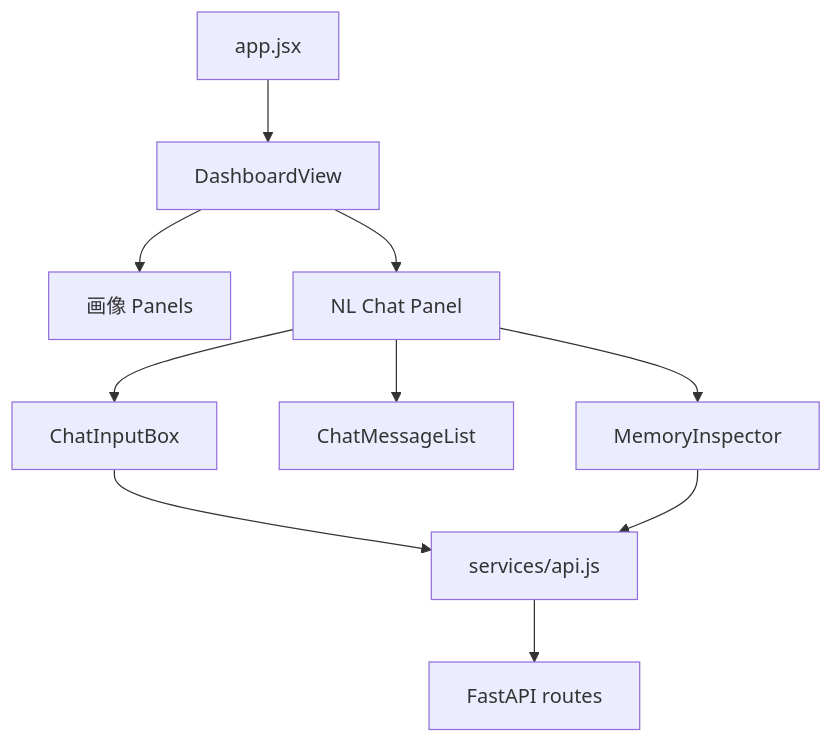
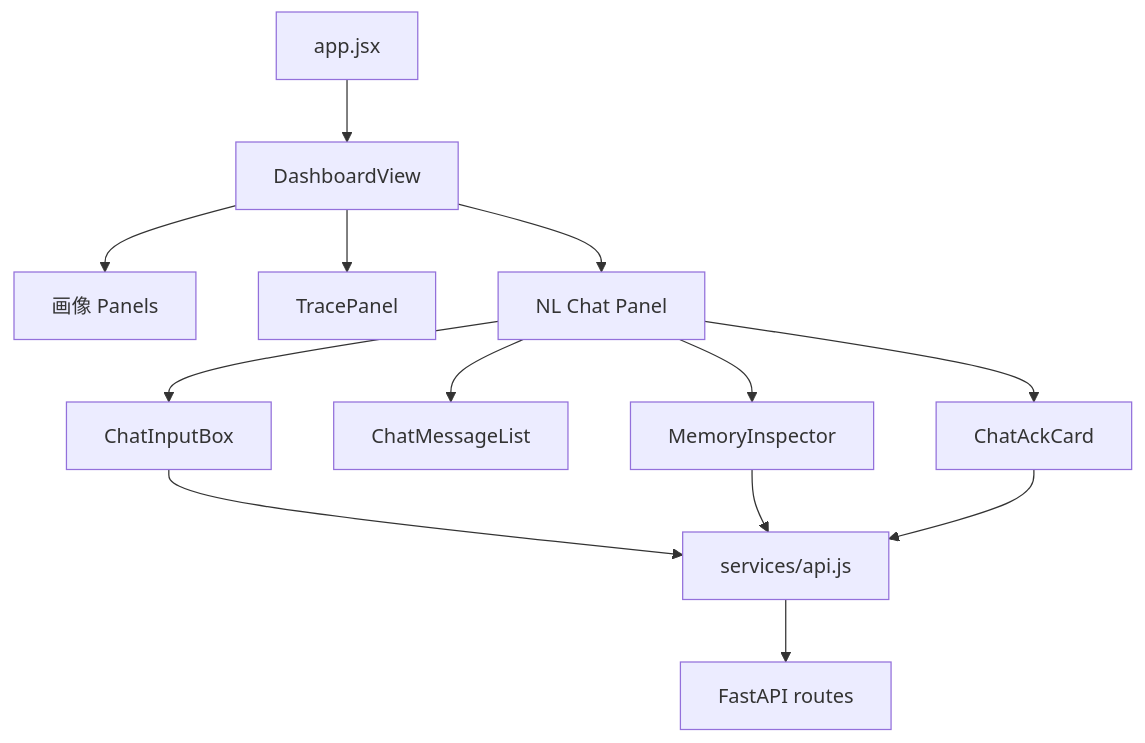
The fifth of 8 diagrams in README.md (lizheng33193/MAPS-LZ), drawn with Mermaid before and after one commit. The commit also changed other lines of this file and 25 other files, not shown here.

````diff
--- a/README.md
+++ b/README.md
@@ -303,12 +444,15 @@
 ```mermaid
 flowchart TD
   App["app.jsx"] --> Dashboard["DashboardView"]
   Dashboard --> Panels["画像 Panels"]
+  Dashboard --> Trace["TracePanel"]
   Dashboard --> ChatPanel["NL Chat Panel"]
   ChatPanel --> ChatInput["ChatInputBox"]
   ChatPanel --> ChatMessages["ChatMessageList"]
   ChatPanel --> MemoryInspector["MemoryInspector"]
+  ChatPanel --> AckCard["ChatAckCard"]
   ChatInput --> API["services/api.js"]
   MemoryInspector --> API
+  AckCard --> API
   API --> Backend["FastAPI routes"]
 ```
````
